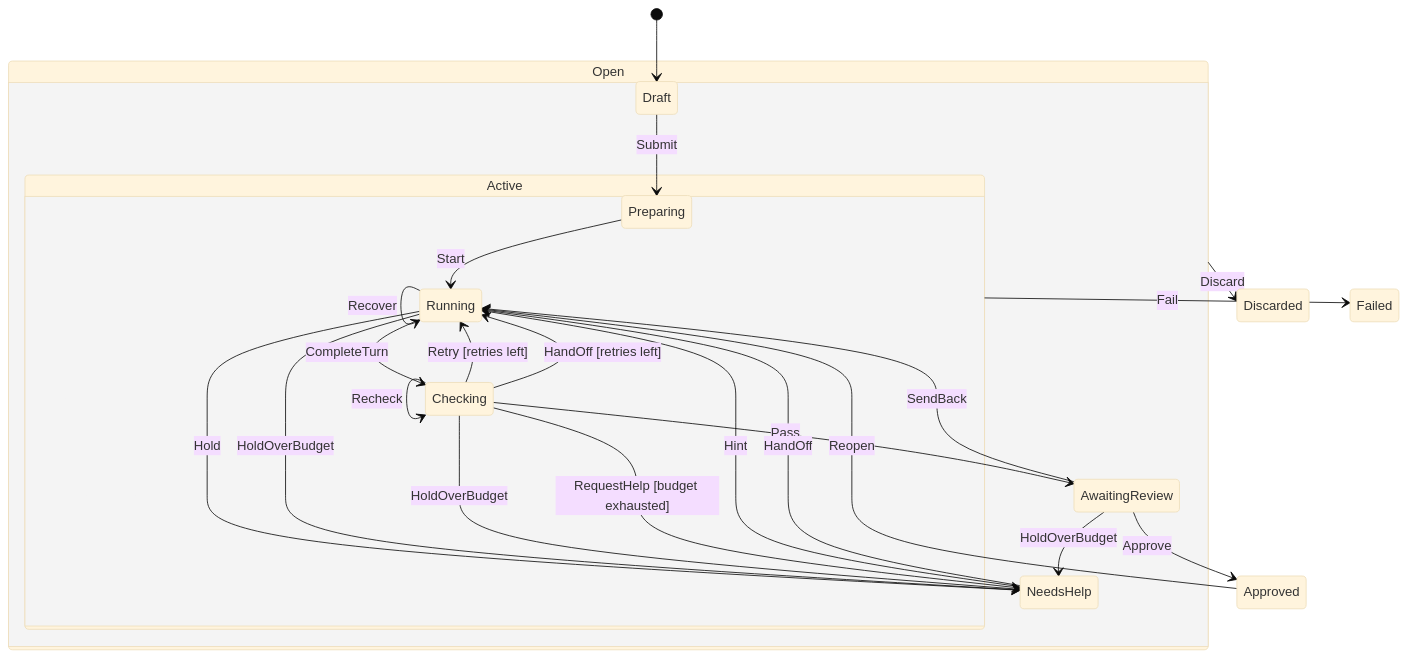
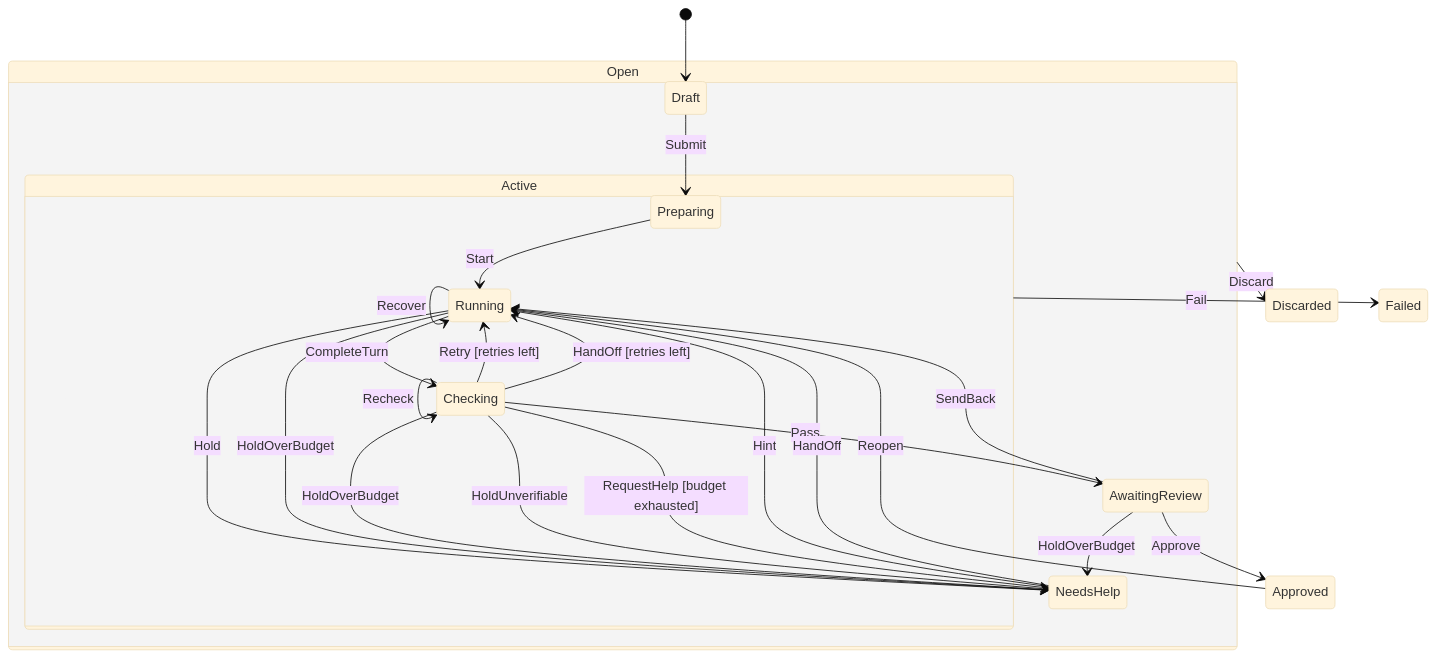
Before and after one commit to rick-dev-creator/avala: the diagram in docs/diagrams/job-lifecycle.md, drawn with Mermaid (base theme). The commit also changed 7 other files, not shown here.

Commit message:
Let a completion gate hold a checking job as InvalidChecks through its own trigger, and keep a gate verdict's hold when the verdict is stored

````diff
--- a/docs/diagrams/job-lifecycle.md
+++ b/docs/diagrams/job-lifecycle.md
@@ -5,35 +5,36 @@
 ```mermaid
 stateDiagram-v2
 	state Open {
 		Active
 		Draft
 		NeedsHelp
 		AwaitingReview
 	}
 	state Active {
 		Preparing
 		Running
 		Checking
 	}
 	Open --> Discarded : Discard
 	Active --> Failed : Fail
 	Draft --> Preparing : Submit
 	Preparing --> Running : Start
 	Running --> Checking : CompleteTurn
 	Running --> NeedsHelp : Hold
 	Running --> NeedsHelp : HoldOverBudget
 	Running --> Running : Recover
 	Checking --> Checking : Recheck
 	Checking --> AwaitingReview : Pass
 	Checking --> NeedsHelp : HoldOverBudget
+	Checking --> NeedsHelp : HoldUnverifiable
 	Checking --> Running : Retry [retries left]
 	Checking --> NeedsHelp : RequestHelp [budget exhausted]
 	Checking --> Running : HandOff [retries left]
 	NeedsHelp --> Running : Hint
 	NeedsHelp --> Running : HandOff
 	AwaitingReview --> Running : SendBack
 	AwaitingReview --> Approved : Approve
 	AwaitingReview --> NeedsHelp : HoldOverBudget
 	Approved --> Running : Reopen
 [*] --> Draft
 ```
````
